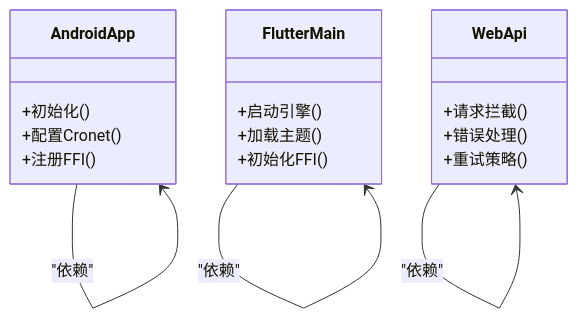
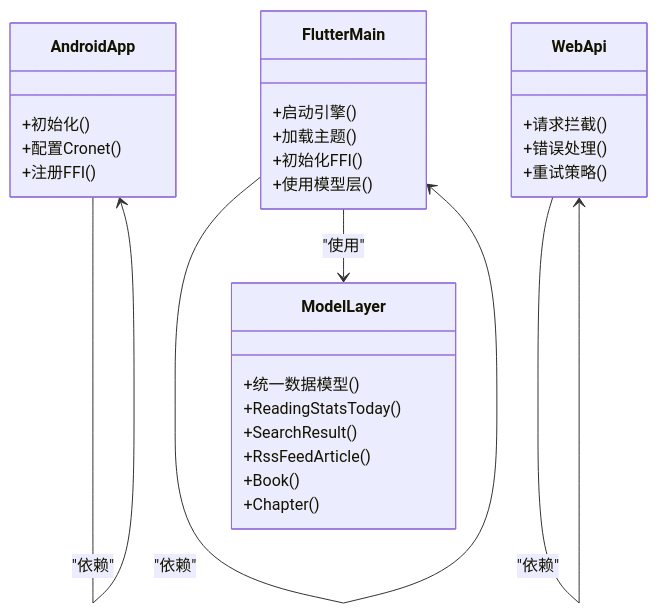
The third of 10 diagrams in .qoder/repowiki/zh/content/架构设计/分层架构设计/分层架构设计.md (ZhangGHGitHub/LegadoTeamFlutter), drawn with Mermaid before and after one commit. The commit also changed other lines of this file and 173 other files, not shown here.

````diff
--- a/.qoder/repowiki/zh/content/架构设计/分层架构设计/分层架构设计.md
+++ b/.qoder/repowiki/zh/content/架构设计/分层架构设计/分层架构设计.md
@@ -167,21 +203,31 @@
 ```mermaid
 classDiagram
 class AndroidApp {
 +初始化()
 +配置Cronet()
 +注册FFI()
 }
 class FlutterMain {
 +启动引擎()
 +加载主题()
 +初始化FFI()
++使用模型层()
 }
 class WebApi {
 +请求拦截()
 +错误处理()
 +重试策略()
 }
+class ModelLayer {
++统一数据模型()
++ReadingStatsToday()
++SearchResult()
++RssFeedArticle()
++Book()
++Chapter()
+}
 AndroidApp --> AndroidApp : "依赖"
 FlutterMain --> FlutterMain : "依赖"
+FlutterMain --> ModelLayer : "使用"
 WebApi --> WebApi : "依赖"
 ```
````
